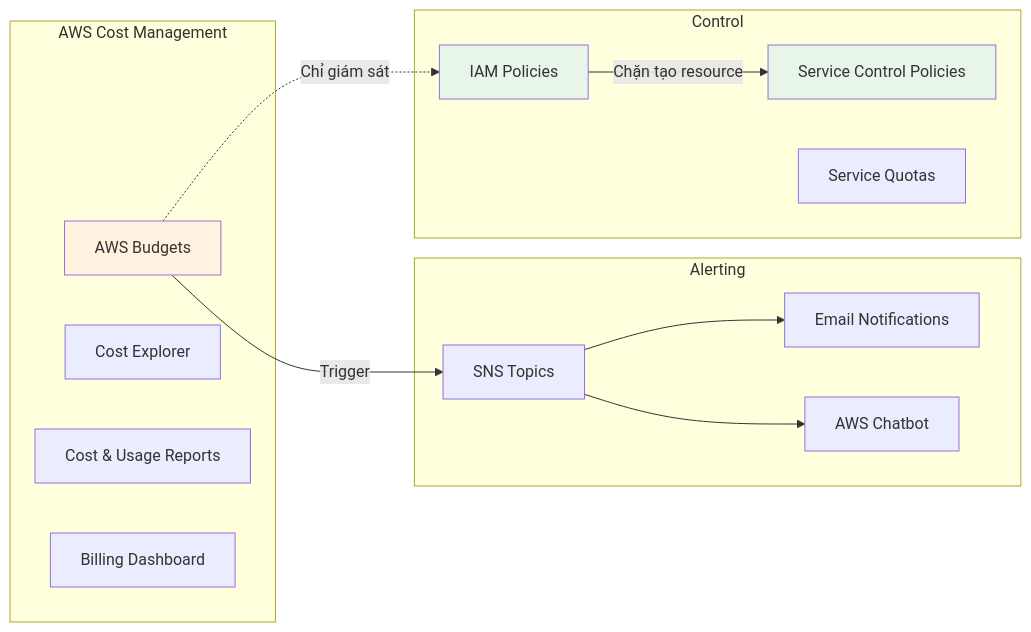
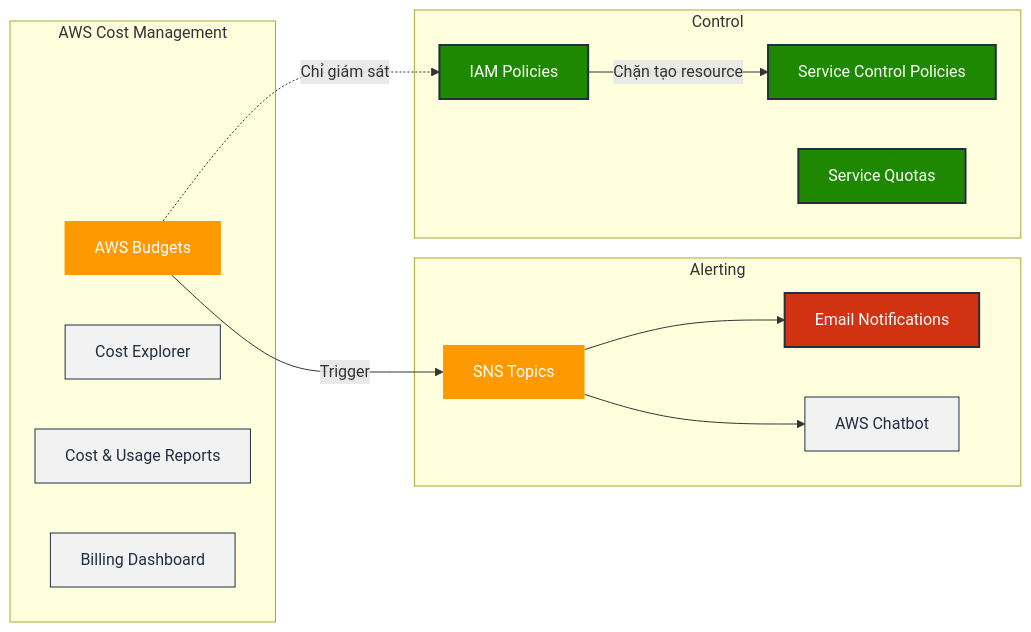
The second of 7 diagrams in The First Cloud Journey/3. Cost Management with AWS Budgets/README.md (tietvinhphu/AWS-Journey), drawn with Mermaid before and after one commit. The commit also changed other lines of this file, not shown here.

Commit message:
update mermaid

````diff
--- a/The First Cloud Journey/3. Cost Management with AWS Budgets/README.md
+++ b/The First Cloud Journey/3. Cost Management with AWS Budgets/README.md
@@ -125,32 +125,33 @@
 ```mermaid
 flowchart LR
+    %% Define Styles
+    classDef aws fill:#FF9900,stroke:#232F3E,stroke-width:0px,color:#fff
+    classDef alert fill:#D13212,stroke:#232F3E,stroke-width:2px,color:#fff
+    classDef control fill:#1E8900,stroke:#232F3E,stroke-width:2px,color:#fff
+    classDef process fill:#f2f2f2,stroke:#232F3E,stroke-width:1px,color:#232F3E
+
     subgraph "AWS Cost Management"
-        A[AWS Budgets]
-        B[Cost Explorer]
-        C[Cost & Usage Reports]
-        D[Billing Dashboard]
+        A[AWS Budgets]:::aws
+        B[Cost Explorer]:::process
+        C[Cost & Usage Reports]:::process
+        D[Billing Dashboard]:::process
     end
 
     subgraph "Alerting"
-        E[SNS Topics]
-        F[Email Notifications]
-        G[AWS Chatbot]
+        E[SNS Topics]:::aws
+        F[Email Notifications]:::alert
+        G[AWS Chatbot]:::process
     end
 
     subgraph "Control"
-        H[IAM Policies]
-        I[Service Control Policies]
-        J[Service Quotas]
+        H[IAM Policies]:::control
+        I[Service Control Policies]:::control
+        J[Service Quotas]:::control
     end
 
     A -->|Trigger| E
     E --> F
     E --> G
     A -.->|Chỉ giám sát| H
     H -->|Chặn tạo resource| I
-
-    style A fill:#fff3e0
-    style H fill:#e8f5e9
-    style I fill:#e8f5e9
-
 ```
````
